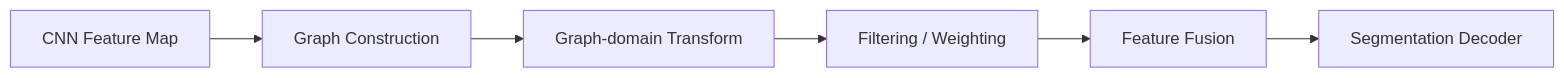
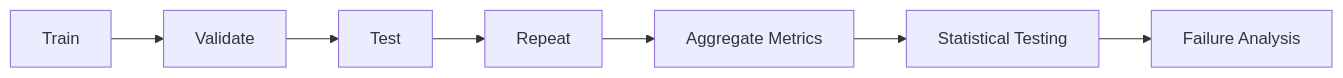
Before and after one commit to ChengYuChing/3D-DLimage-segmentation: the fifth of 5 diagrams in README.md, drawn with Mermaid. The commit also changed other lines of this file, not shown here.

````diff
--- a/README.md
+++ b/README.md
@@ -143,8 +161,9 @@
 ```mermaid
 flowchart LR
-    A["CNN Feature Map"] --> B["Graph Construction"]
-    B --> C["Graph-domain Transform"]
-    C --> D["Filtering / Weighting"]
-    D --> E["Feature Fusion"]
-    E --> F["Segmentation Decoder"]
+    A["Train"] --> B["Validate"]
+    B --> C["Test"]
+    C --> D["Repeat"]
+    D --> E["Aggregate Metrics"]
+    E --> F["Statistical Testing"]
+    F --> G["Failure Analysis"]
 ```
````
